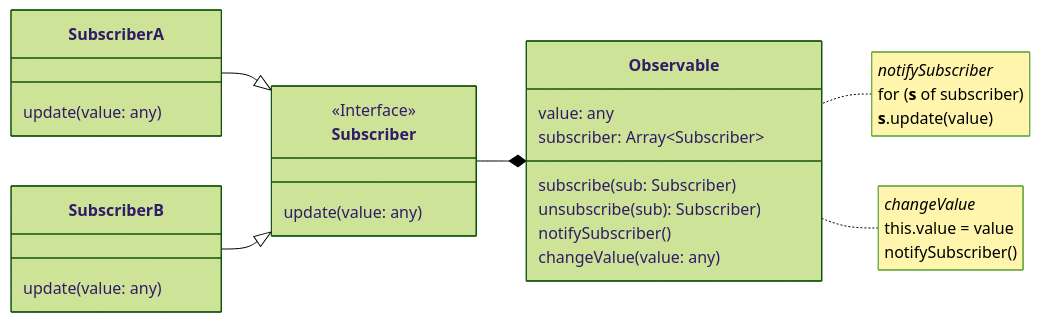
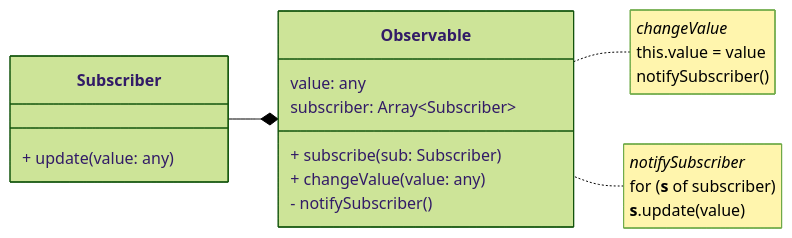
The diagram in pages/observer-pattern.md (GarreltMock/signals-talk), drawn with Mermaid (forest theme) before and after one commit. The commit also changed other lines of this file and 11 other files, not shown here.

````diff
--- a/pages/observer-pattern.md
+++ b/pages/observer-pattern.md
@@ -15,37 +18,27 @@
 ```mermaid
 classDiagram
 
 direction RL
 
+note for Observable "*changeValue*
+this.value = value
+notifySubscriber()"
+
 note for Observable "*notifySubscriber*
 for (**s** of subscriber)
 **s**.update(value)"
 
-note for Observable "*changeValue*
-this.value = value
-notifySubscriber()"
-
 class Observable {
     value: any
     subscriber: Array~Subscriber~
-    subscribe(sub: Subscriber)
-    unsubscribe(sub): Subscriber)
-    notifySubscriber()
-    changeValue(value: any)
+    + subscribe(sub: Subscriber)
+    + changeValue(value: any)
+    - notifySubscriber()
 }
 
 class Subscriber {
-    <<Interface>>
-    update(value: any)
-}
-class SubscriberA {
-    update(value: any)
-}
-class SubscriberB {
-    update(value: any)
+    + update(value: any)
 }
 
 Observable *-- Subscriber
-Subscriber <|-- SubscriberA
-Subscriber <|-- SubscriberB
 ```
````
